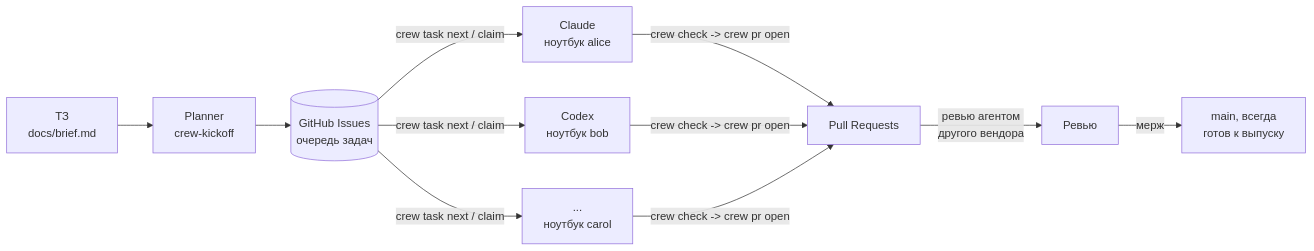
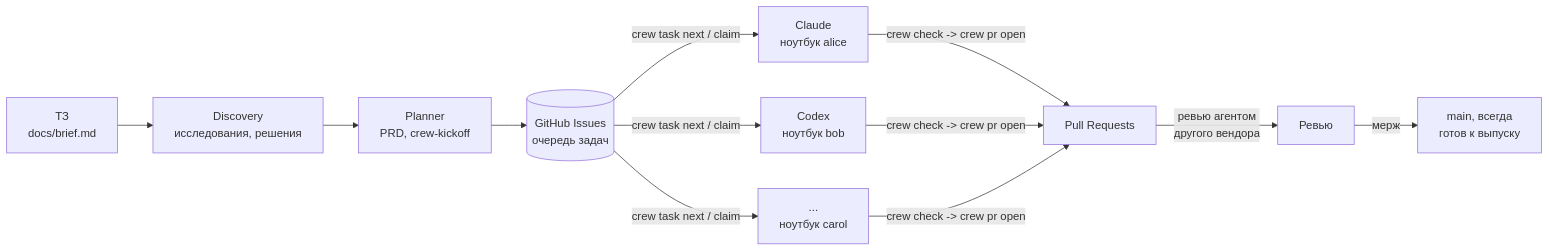
One commit to GredesCerber/agent-crew changed the diagram in README.ru.md. Above: the diagram before and after it, drawn with Mermaid. The commit also changed other lines of this file and 2 other files, not shown here.

````diff
--- a/README.ru.md
+++ b/README.ru.md
@@ -37,11 +37,12 @@
 ```mermaid
 flowchart LR
-    B[ТЗ<br/>docs/brief.md] --> P[Planner<br/>crew-kickoff]
+    B[ТЗ<br/>docs/brief.md] --> D[Discovery<br/>исследования, решения]
+    D --> P[Planner<br/>PRD, crew-kickoff]
     P --> Q[(GitHub Issues<br/>очередь задач)]
     Q -->|crew task next / claim| W1[Claude<br/>ноутбук alice]
     Q -->|crew task next / claim| W2[Codex<br/>ноутбук bob]
     Q -->|crew task next / claim| W3[...<br/>ноутбук carol]
     W1 & W2 & W3 -->|crew check -> crew pr open| PR[Pull Requests]
     PR -->|ревью агентом<br/>другого вендора| R[Ревью]
     R -->|мерж| M[main, всегда<br/>готов к выпуску]
 ```
````
